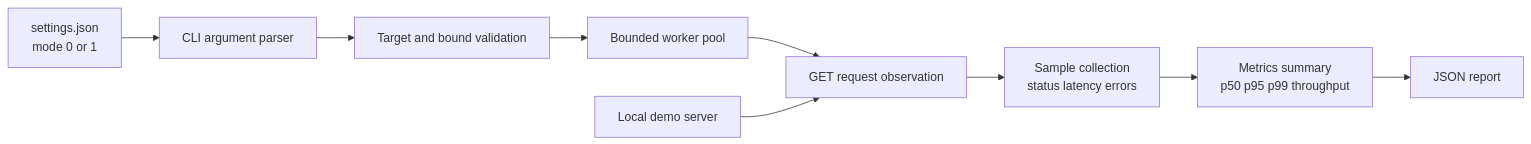
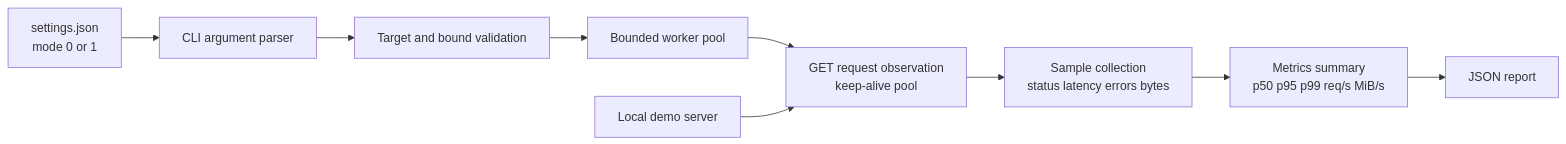
One commit to Gopyr/GP-1 changed the diagram in docs/architecture.md. Above: the diagram before and after it, drawn with Mermaid. The commit also changed other lines of this file and 21 other files, not shown here.

````diff
--- a/docs/architecture.md
+++ b/docs/architecture.md
@@ -5,11 +5,12 @@
 ```mermaid
 flowchart LR
     A[settings.json\nmode 0 or 1] --> B[CLI argument parser]
     B --> C[Target and bound validation]
     C --> D[Bounded worker pool]
-    D --> E[GET request observation]
-    E --> F[Sample collection\nstatus latency errors]
-    F --> G[Metrics summary\np50 p95 p99 throughput]
+    D -->     E[GET request observation\nkeep-alive pool]
+    E --> F[Sample collection\nstatus latency errors bytes]
+    F --> G[Metrics summary\np50 p95 p99 req/s MiB/s]
+
     G --> H[JSON report]
     I[Local demo server] --> E
 ```
````
